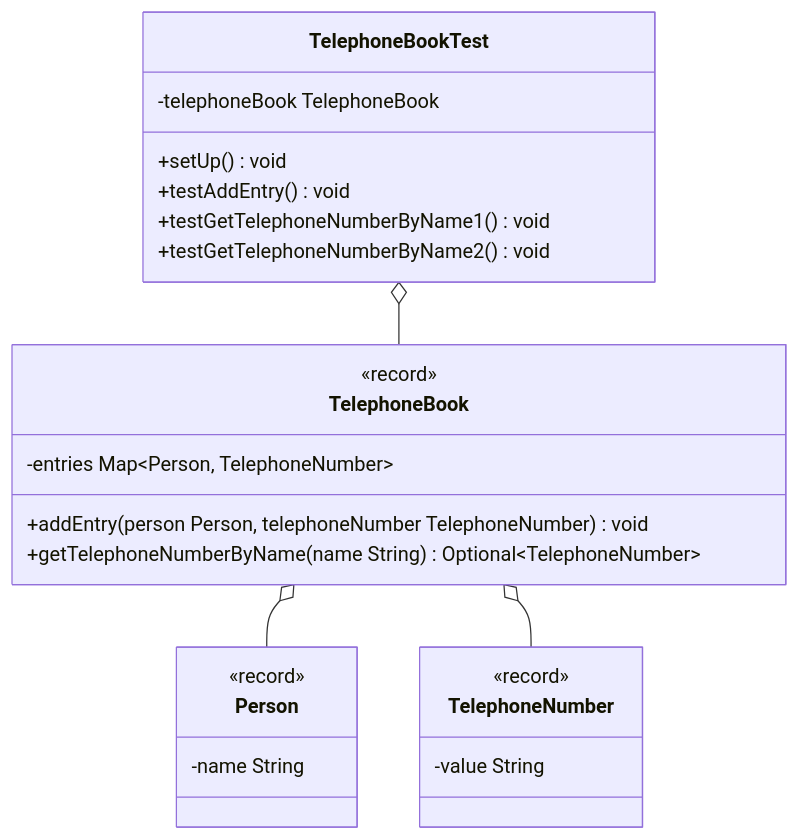
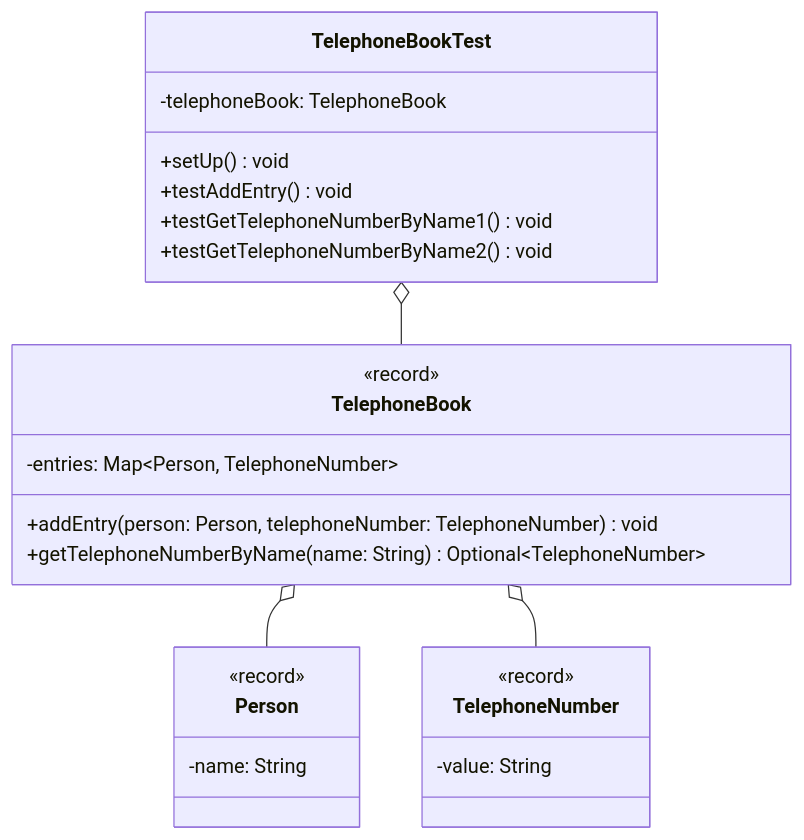
One commit to jappuccini/java-docs changed the diagram in docs/exercises/unit-tests/unit-tests03.md. Above: the diagram before and after it, drawn with Mermaid. The commit also changed other lines of this file and 76 other files, not shown here.

Commit message:
uml fixes (colons, properties), headline fixes (italic) and exam result updates

````diff
--- a/docs/exercises/unit-tests/unit-tests03.md
+++ b/docs/exercises/unit-tests/unit-tests03.md
@@ -11,31 +11,31 @@
 ```mermaid
 classDiagram
     TelephoneBook o-- Person
     TelephoneBook o-- TelephoneNumber
     TelephoneBookTest o-- TelephoneBook
 
     class Person {
         <<record>>
-        -name String
+        -name: String
     }
 
     class TelephoneNumber {
         <<record>>
-        -value String
+        -value: String
     }
 
     class TelephoneBook {
         <<record>>
-        -entries Map~Person&sbquo; TelephoneNumber~
-        +addEntry(person Person, telephoneNumber TelephoneNumber) void
-        +getTelephoneNumberByName(name String) Optional~TelephoneNumber~
+        -entries: Map~Person, TelephoneNumber~
+        +addEntry(person: Person, telephoneNumber: TelephoneNumber) void
+        +getTelephoneNumberByName(name: String) Optional~TelephoneNumber~
     }
 
     class TelephoneBookTest {
-        -telephoneBook TelephoneBook
+        -telephoneBook: TelephoneBook
         +setUp() void
         +testAddEntry() void
         +testGetTelephoneNumberByName1() void
         +testGetTelephoneNumberByName2() void
     }
 ```
````
